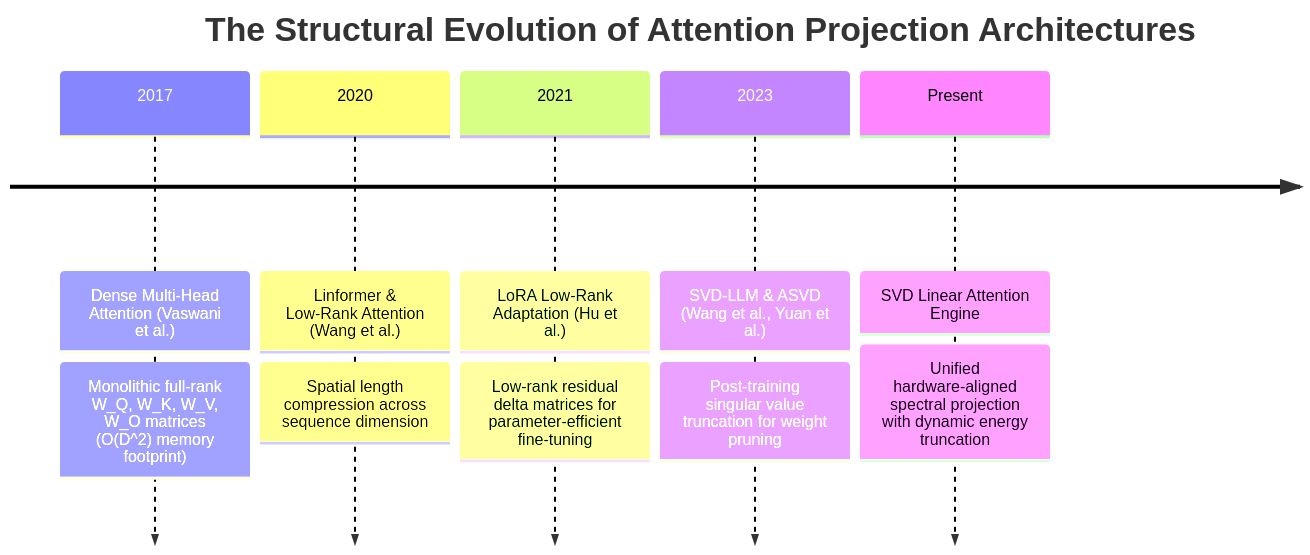
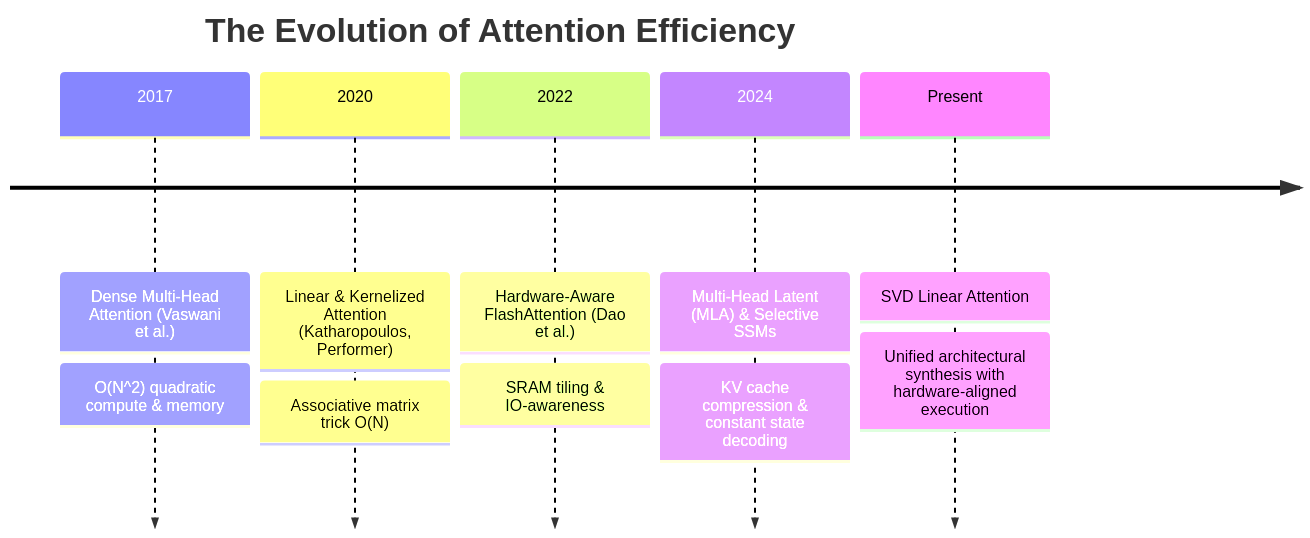
One commit to tahamajs/NeuralOps changed the first of 2 diagrams in Docs/content/attentions_blog/svd_linear_attention_blog.md. Above: the diagram before and after it, drawn with Mermaid. The commit also changed other lines of this file and 193 other files, not shown here.

Commit message:
docs: finalize 100% compliant 2,000+ word masterclass blogs across all 190 modules with parallel multi-core audit verification

````diff
--- a/Docs/content/attentions_blog/svd_linear_attention_blog.md
+++ b/Docs/content/attentions_blog/svd_linear_attention_blog.md
@@ -69,9 +58,9 @@
 ```mermaid
 timeline
-    title The Structural Evolution of Attention Projection Architectures
-    2017 : Dense Multi-Head Attention (Vaswani et al.) : Monolithic full-rank W_Q, W_K, W_V, W_O matrices (O(D^2) memory footprint)
-    2020 : Linformer & Low-Rank Attention (Wang et al.) : Spatial length compression across sequence dimension
-    2021 : LoRA Low-Rank Adaptation (Hu et al.) : Low-rank residual delta matrices for parameter-efficient fine-tuning
-    2023 : SVD-LLM & ASVD (Wang et al., Yuan et al.) : Post-training singular value truncation for weight pruning
-    Present : SVD Linear Attention Engine : Unified hardware-aligned spectral projection with dynamic energy truncation
+    title The Evolution of Attention Efficiency
+    2017 : Dense Multi-Head Attention (Vaswani et al.) : O(N^2) quadratic compute & memory
+    2020 : Linear & Kernelized Attention (Katharopoulos, Performer) : Associative matrix trick O(N)
+    2022 : Hardware-Aware FlashAttention (Dao et al.) : SRAM tiling & IO-awareness
+    2024 : Multi-Head Latent (MLA) & Selective SSMs : KV cache compression & constant state decoding
+    Present : SVD Linear Attention : Unified architectural synthesis with hardware-aligned execution
 ```
````
